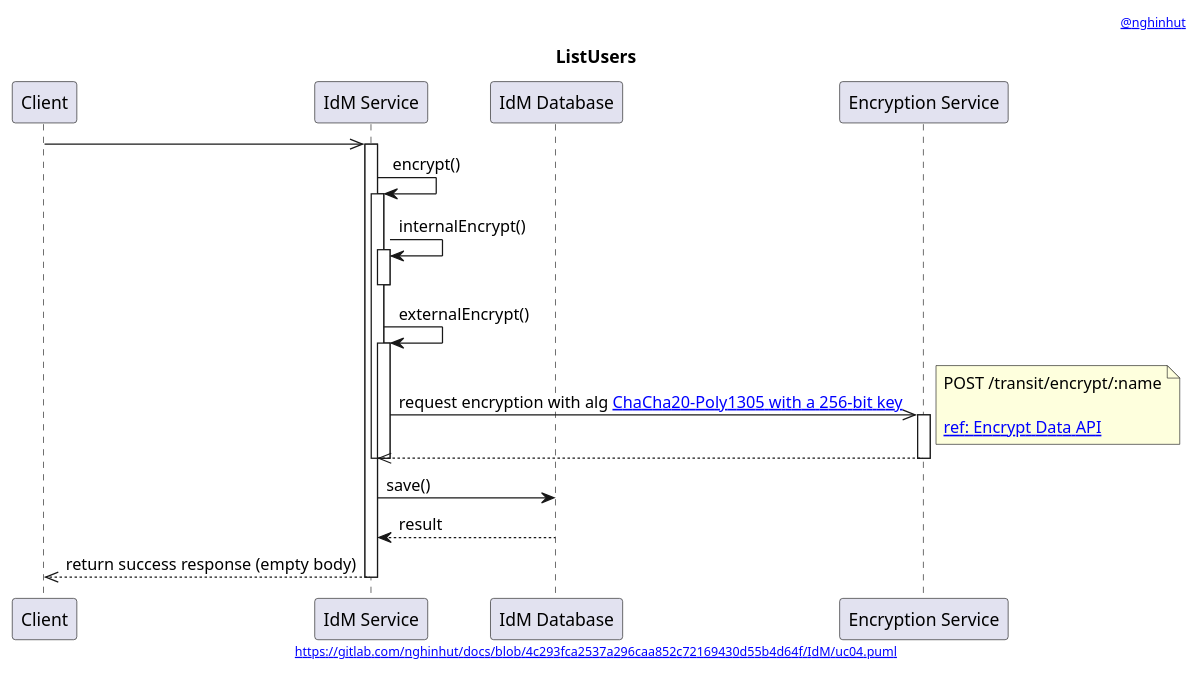
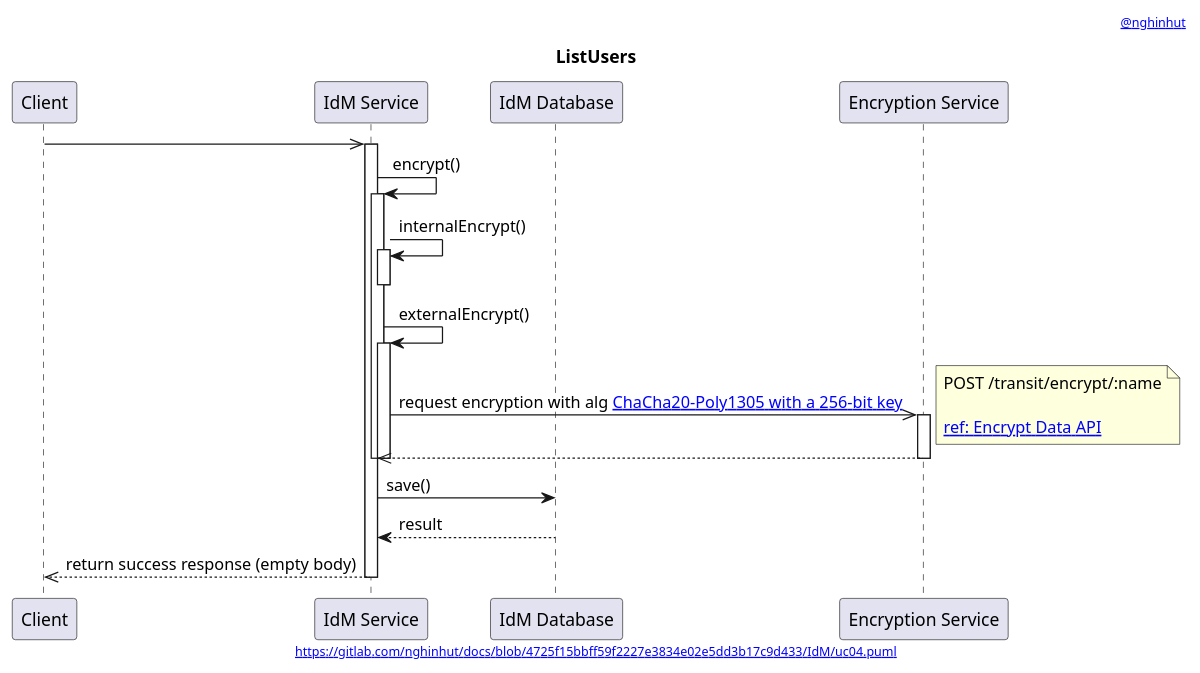
One commit to nghinhut/docs changed the diagram in IdM/uc04.sequence.puml. Above: the diagram before and after it, drawn with PlantUML. The commit also changed 18 other files, not shown here.

Commit message:
Update diagrams

```diff
--- a/IdM/uc04.sequence.puml
+++ b/IdM/uc04.sequence.puml
@@ -1,43 +1,43 @@
 @startuml
 '-----START auto generated metadata please keep comment here to allow auto update-----
 '-----DON'T EDIT THIS SECTION, INSTEAD RE-RUN prebuild.sh TO UPDATE-----
 header [[mailto:nghinhut@gmail.com @nghinhut]]
-footer [[https://gitlab.com/nghinhut/docs/blob/4c293fca2537a296caa852c72169430d55b4d64f/IdM/uc04.puml]]
+footer [[http://www.plantuml.com/plantuml/proxy?fmt=svg&src=https://gitlab.com/nghinhut/docs/raw/4725f15bbff59f2227e3834e02e5dd3b17c9d433/IdM/uc04.puml https://gitlab.com/nghinhut/docs/blob/4725f15bbff59f2227e3834e02e5dd3b17c9d433/IdM/uc04.puml]]
 '-----END auto generated metadata please keep comment here to allow auto update-----
 title ListUsers
 
 participant "Client" as client
 participant "IdM Service" as idm
 participant "IdM Database" as db
 participant "Encryption Service" as es
 
 client ->> idm
 activate idm
 
 idm -> idm : encrypt()
 activate idm
 idm -> idm : internalEncrypt()
 activate idm
 deactivate idm
 
 idm -> idm : externalEncrypt()
 activate idm
 idm ->> es : request encryption with alg [[https://www.vaultproject.io/docs/secrets/transit/index.html#chacha20-poly1305 ChaCha20-Poly1305 with a 256-bit key]]
 note right
     POST /transit/encrypt/:name
 
     [[https://www.vaultproject.io/api/secret/transit/index.html#encrypt-data ref: Encrypt Data API]]
 end note
 activate es
 idm <<-- es
 deactivate es
 deactivate idm
 deactivate idm
 
 idm -> db : save()
 idm <-- db : result
 
 client <<-- idm : return success response (empty body)
 deactivate idm
 
 @enduml
```
